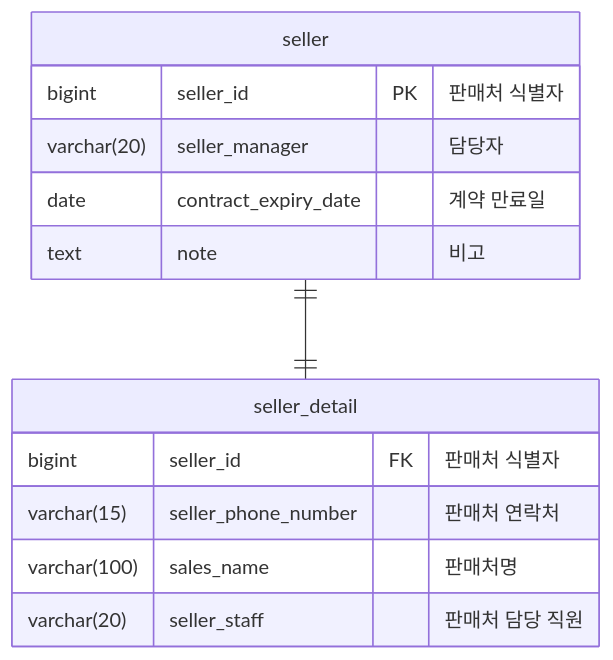
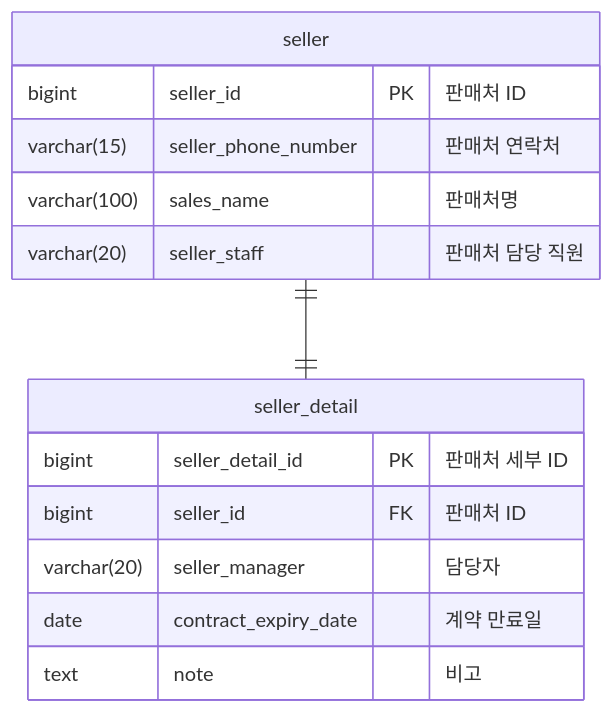
Before and after one commit to kea-dpang/docs: the ninth of 9 diagrams in Erd.md, drawn with Mermaid. The commit also changed other lines of this file and 3 other files, not shown here.

````diff
--- a/Erd.md
+++ b/Erd.md
@@ -381,19 +384,20 @@
 ```mermaid
 erDiagram
     seller {
-        bigint seller_id PK "판매처 식별자"
-        varchar(20) seller_manager "담당자"
-        date contract_expiry_date "계약 만료일"
-        text note "비고"
-    }
-
-    seller_detail {
-        bigint seller_id FK "판매처 식별자"
+        bigint seller_id PK "판매처 ID"
         varchar(15) seller_phone_number "판매처 연락처"
         varchar(100) sales_name "판매처명"
         varchar(20) seller_staff "판매처 담당 직원"
     }
 
+  seller_detail {
+      bigint seller_detail_id PK "판매처 세부 ID"
+      bigint seller_id FK "판매처 ID"
+      varchar(20) seller_manager "담당자"
+      date contract_expiry_date "계약 만료일"
+      text note "비고"
+  }
+
     seller ||--|| seller_detail: ""
 
 ```
````
